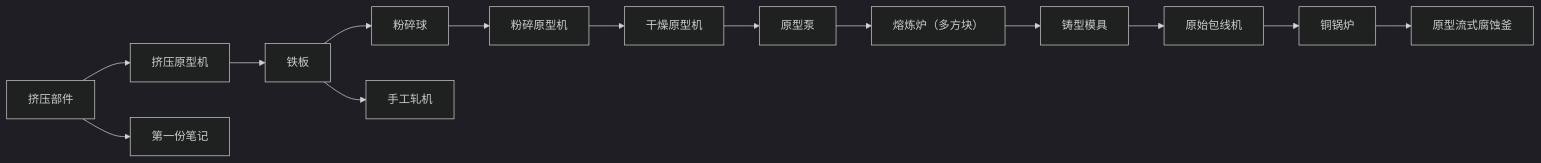
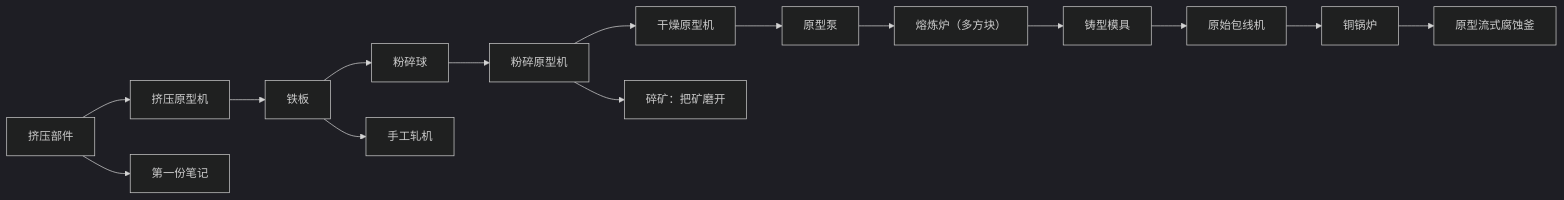
The first of 3 diagrams in kubejs/docs/QUEST_LINES.md (1376127612/Sink-Journey), drawn with Mermaid (dark theme) before and after one commit. The commit also changed other lines of this file and 19 other files, not shown here.

````diff
--- a/kubejs/docs/QUEST_LINES.md
+++ b/kubejs/docs/QUEST_LINES.md
@@ -41,30 +42,32 @@
 ```mermaid
 graph LR
     M1["挤压部件"]
     M2["挤压原型机"]
     M3["铁板"]
     M4["粉碎球"]
     M5["粉碎原型机"]
     M6["干燥原型机"]
     M7["原型泵"]
     M8["熔炼炉（多方块）"]
     M9["铸型模具"]
     M10["原始包线机"]
     M11["铜锅炉"]
     M12["原型流式腐蚀釜"]
     M1 --> M2
     M2 --> M3
     M3 --> M4
     M4 --> M5
     M5 --> M6
     M6 --> M7
     M7 --> M8
     M8 --> M9
     M9 --> M10
     M10 --> M11
     M11 --> M12
-    B1_1["手工轧机"]
-    M3 --> B1_1
-    B2_1["第一份笔记"]
-    M1 --> B2_1
+    B1_1["第一份笔记"]
+    M1 --> B1_1
+    B2_1["手工轧机"]
+    M3 --> B2_1
+    B3_1["碎矿：把矿磨开"]
+    M5 --> B3_1
 ```
````
